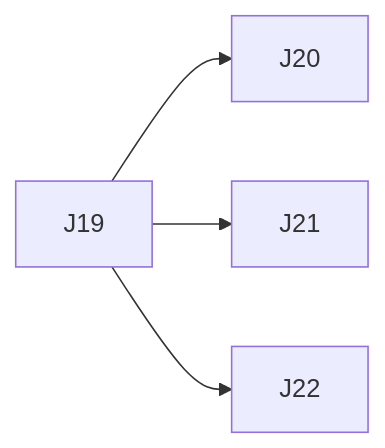
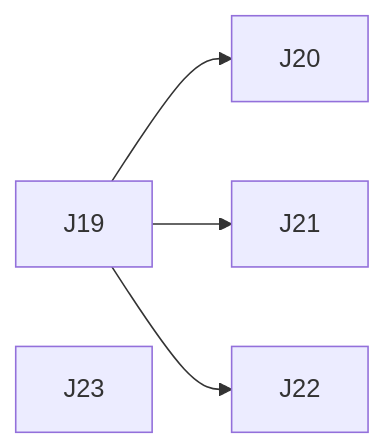
One commit to vespaiach/glance changed the diagram in docs/execution-plan.md. Above: the diagram before and after it, drawn with Mermaid. The commit also changed other lines of this file and 4 other files, not shown here.

````diff
--- a/docs/execution-plan.md
+++ b/docs/execution-plan.md
@@ -50,6 +51,7 @@
 ```mermaid
 graph LR
   J19 --> J20
   J19 --> J21
   J19 --> J22
+  J23
 ```
````
